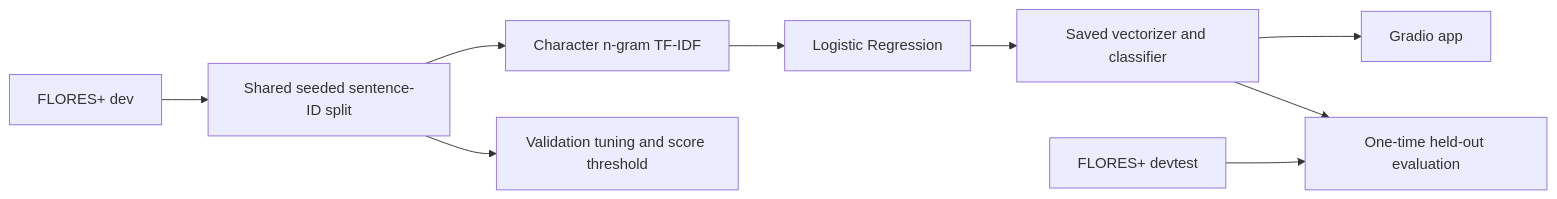
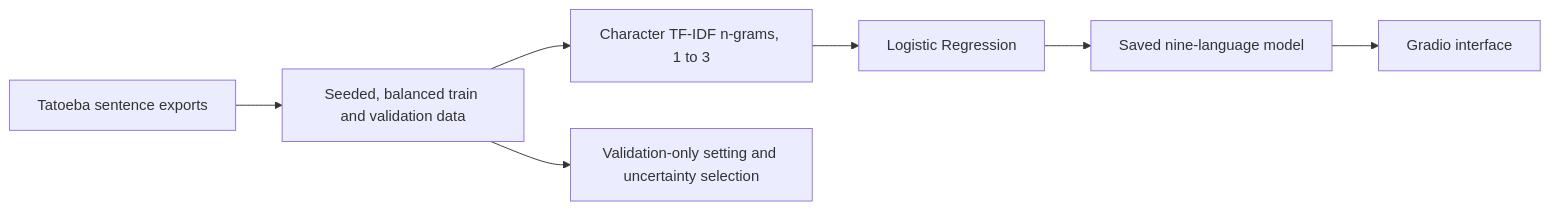
The diagram in README.md (Mr-VantaRoot/LANGSCOPE-AI), drawn with Mermaid before and after one commit. The commit also changed other lines of this file and 20 other files, not shown here.

````diff
--- a/README.md
+++ b/README.md
@@ -34,11 +25,9 @@
 ```mermaid
 flowchart LR
-    A[FLORES+ dev] --> B[Shared seeded sentence-ID split]
-    B --> C[Character n-gram TF-IDF]
+    A[Tatoeba sentence exports] --> B[Seeded, balanced train and validation data]
+    B --> C[Character TF-IDF n-grams, 1 to 3]
     C --> D[Logistic Regression]
-    B --> E[Validation tuning and score threshold]
-    D --> F[Saved vectorizer and classifier]
-    F --> G[Gradio app]
-    H[FLORES+ devtest] --> I[One-time held-out evaluation]
-    F --> I
+    B --> E[Validation-only setting and uncertainty selection]
+    D --> F[Saved nine-language model]
+    F --> G[Gradio interface]
 ```
````
